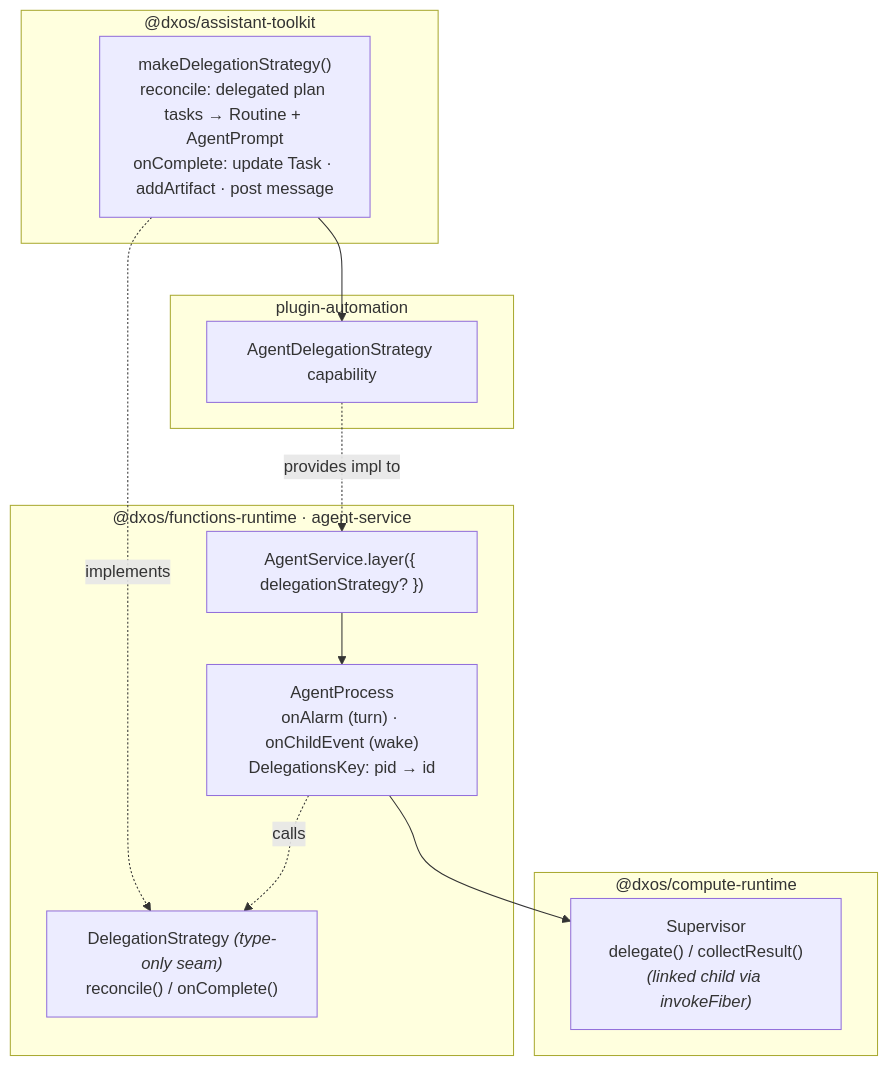
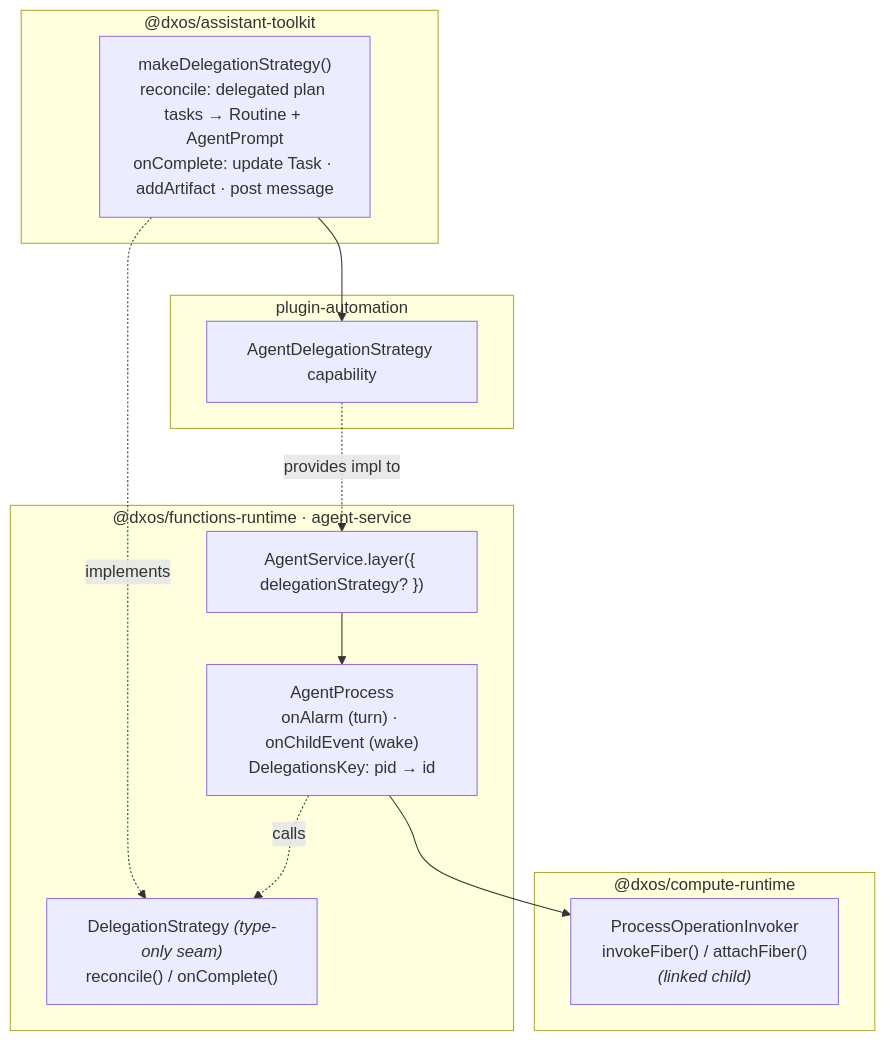
The first of 2 diagrams in packages/core/compute/functions-runtime/src/agent-service/README.md (dxos/dxos), drawn with Mermaid before and after one commit. The commit also changed other lines of this file and 10 other files, not shown here.

First line of the commit message:
refactor(compute-runtime): drop Supervisor wrapper, inline ProcessOperationInvoker

````diff
--- a/packages/core/compute/functions-runtime/src/agent-service/README.md
+++ b/packages/core/compute/functions-runtime/src/agent-service/README.md
@@ -13,27 +13,27 @@
 ```mermaid
 flowchart TB
   subgraph rt["@dxos/compute-runtime"]
-    SUP["Supervisor<br/>delegate() / collectResult()<br/><i>(linked child via invokeFiber)</i>"]
+    POI["ProcessOperationInvoker<br/>invokeFiber() / attachFiber()<br/><i>(linked child)</i>"]
   end
 
   subgraph fr["@dxos/functions-runtime · agent-service"]
     AS["AgentService.layer({ delegationStrategy? })"]
     AP["AgentProcess<br/>onAlarm (turn) · onChildEvent (wake)<br/>DelegationsKey: pid → id"]
     SS["DelegationStrategy <i>(type-only seam)</i><br/>reconcile() / onComplete()"]
     AS --> AP
     AP -. "calls" .-> SS
-    AP --> SUP
+    AP --> POI
   end
 
   subgraph tk["@dxos/assistant-toolkit"]
     IMPL["makeDelegationStrategy()<br/>reconcile: delegated plan tasks → Routine + AgentPrompt<br/>onComplete: update Task · addArtifact · post message"]
   end
 
   subgraph pa["plugin-automation"]
     CAP["AgentDelegationStrategy capability"]
   end
 
   IMPL -. "implements" .-> SS
   CAP -. "provides impl to" .-> AS
   IMPL --> CAP
 ```
````
